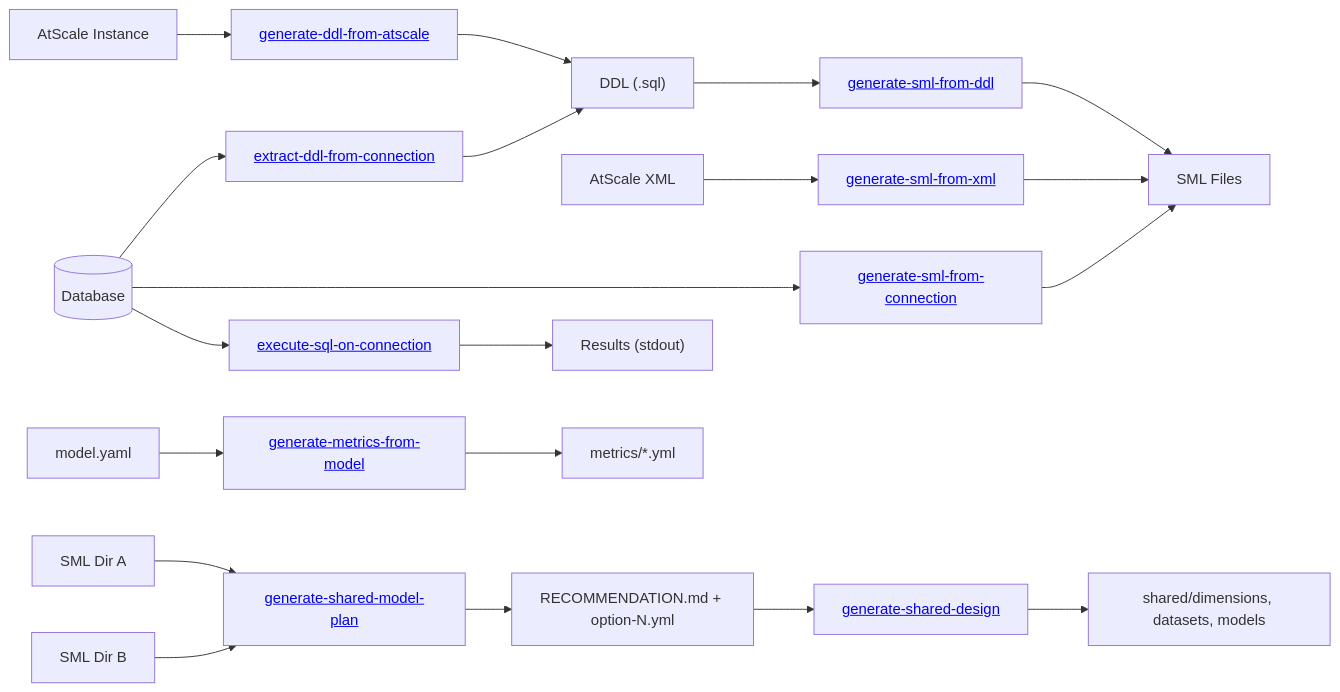
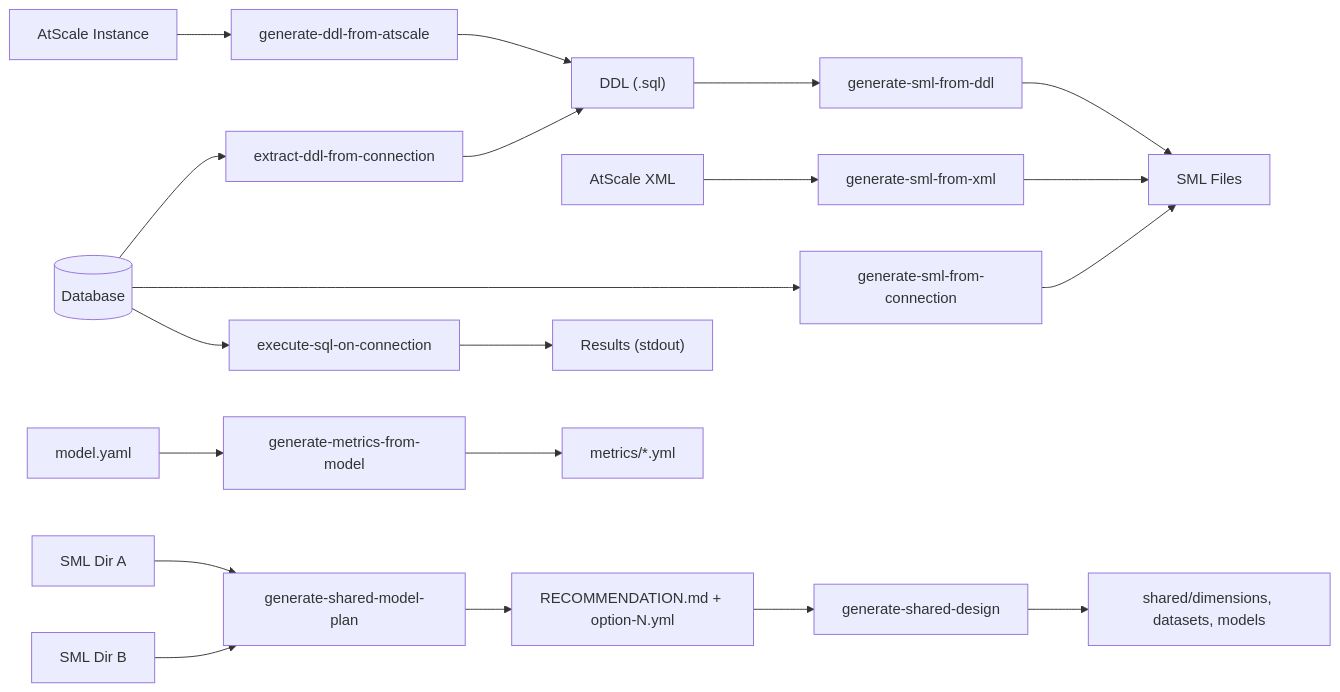
Before and after one commit to AtScaleInc/ps-utils: the second of 8 diagrams in README.md, drawn with Mermaid. The commit also changed other lines of this file and 1 other file, not shown here.

Commit message:
fix: remove HTML links from mermaid diagrams in README and ACTIONS documentation

````diff
--- a/README.md
+++ b/README.md
@@ -27,13 +27,13 @@
 ```mermaid
 flowchart LR
-    DB[("Database")] --> A["<a href='#extract-ddl-from-connection'>extract-ddl-from-connection</a>"] --> DDL["DDL (.sql)"]
-    ATS["AtScale Instance"] --> B["<a href='#generate-ddl-from-atscale'>generate-ddl-from-atscale</a>"] --> DDL
-    DDL --> C["<a href='#generate-sml-from-ddl'>generate-sml-from-ddl</a>"] --> SML["SML Files"]
-    DB --> D["<a href='#generate-sml-from-connection'>generate-sml-from-connection</a>"] --> SML
-    XML["AtScale XML"] --> G["<a href='#generate-sml-from-xml'>generate-sml-from-xml</a>"] --> SML
-    SML2A["SML Dir A"] --> H["<a href='#generate-shared-model-plan'>generate-shared-model-plan</a>"] --> PLAN["RECOMMENDATION.md + option-N.yml"]
+    DB[("Database")] --> A["extract-ddl-from-connection"] --> DDL["DDL (.sql)"]
+    ATS["AtScale Instance"] --> B["generate-ddl-from-atscale"] --> DDL
+    DDL --> C["generate-sml-from-ddl"] --> SML["SML Files"]
+    DB --> D["generate-sml-from-connection"] --> SML
+    XML["AtScale XML"] --> G["generate-sml-from-xml"] --> SML
+    SML2A["SML Dir A"] --> H["generate-shared-model-plan"] --> PLAN["RECOMMENDATION.md + option-N.yml"]
     SML2B["SML Dir B"] --> H
-    PLAN --> I["<a href='#generate-shared-design'>generate-shared-design</a>"] --> SHARED["shared/dimensions, datasets, models"]
-    DB --> E["<a href='#execute-sql-on-connection'>execute-sql-on-connection</a>"] --> OUT["Results (stdout)"]
-    MODEL["model.yaml"] --> F["<a href='#generate-metrics-from-model'>generate-metrics-from-model</a>"] --> METRICS["metrics/*.yml"]
+    PLAN --> I["generate-shared-design"] --> SHARED["shared/dimensions, datasets, models"]
+    DB --> E["execute-sql-on-connection"] --> OUT["Results (stdout)"]
+    MODEL["model.yaml"] --> F["generate-metrics-from-model"] --> METRICS["metrics/*.yml"]
 ```
````
